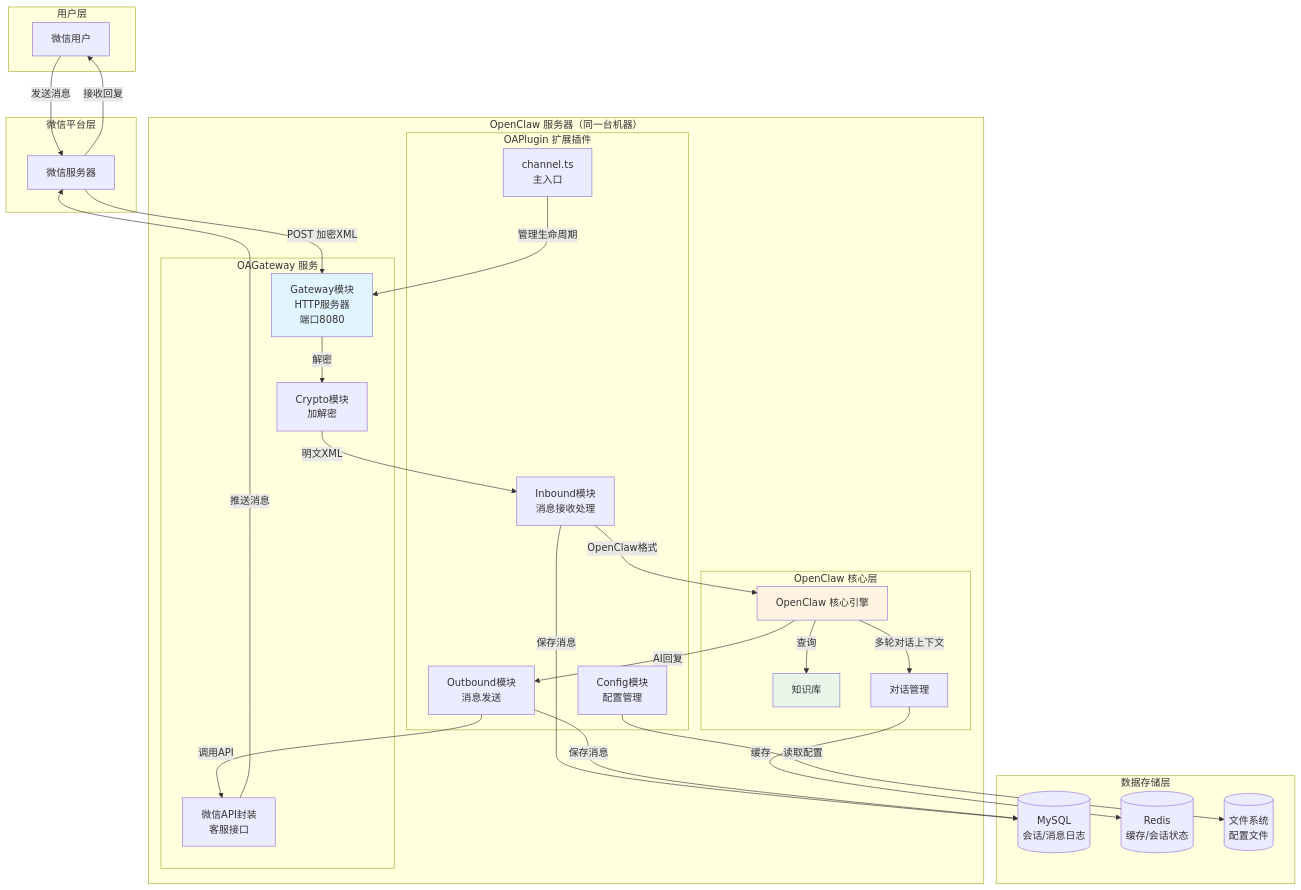
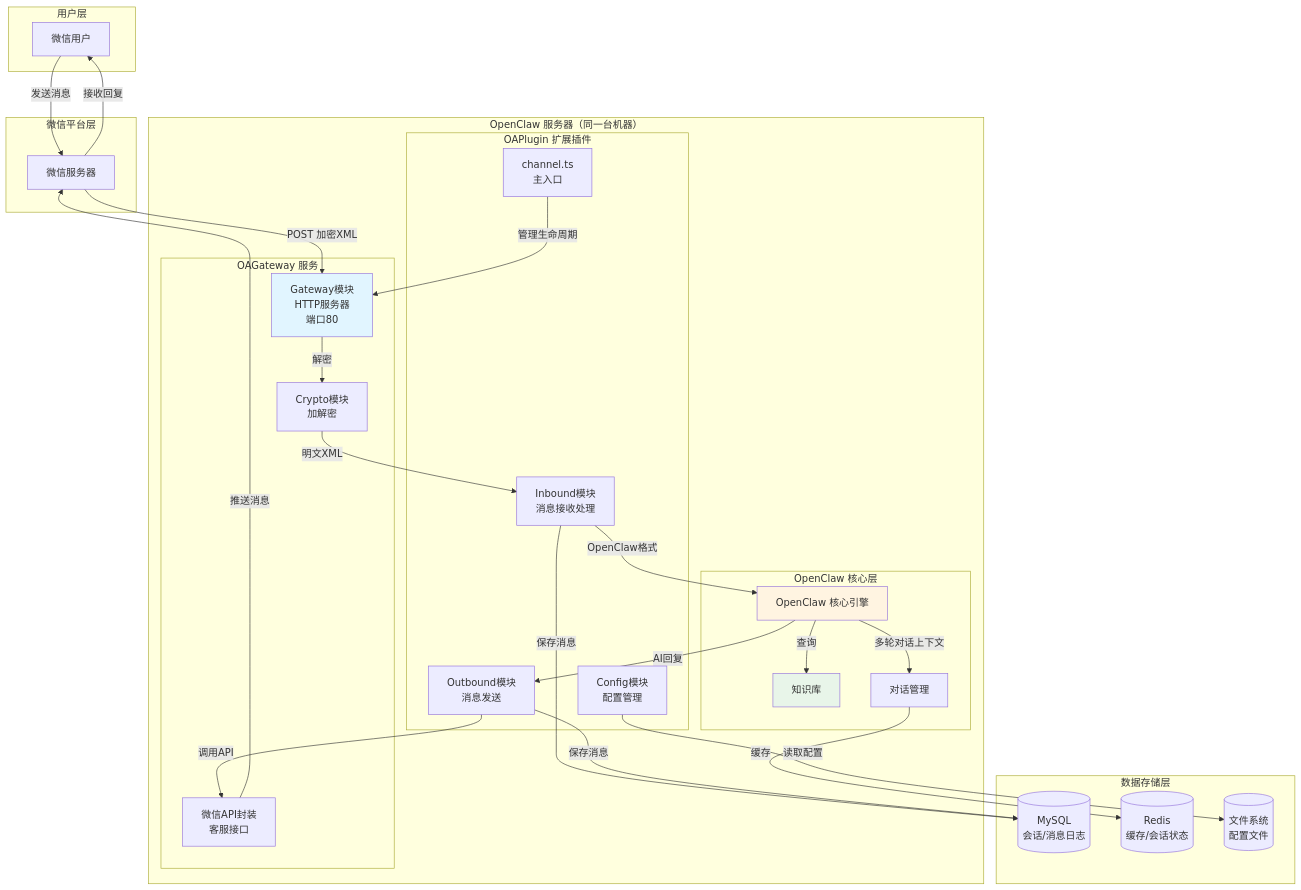
One commit to David-Jiangsiyuan/openclaw-wechat-official-account-plugin changed the diagram in OpenClaw_Architecture_Plugin.md. Above: the diagram before and after it, drawn with Mermaid. The commit also changed other lines of this file and 4 other files, not shown here.

````diff
--- a/OpenClaw_Architecture_Plugin.md
+++ b/OpenClaw_Architecture_Plugin.md
@@ -29,60 +30,60 @@
 ```mermaid
 graph TB
     subgraph "用户层"
         U[微信用户]
     end
     
     subgraph "微信平台层"
         WS[微信服务器]
     end
     
     subgraph "OpenClaw 服务器（同一台机器）"
         subgraph "OAGateway 服务"
-            GW[Gateway模块<br/>HTTP服务器<br/>端口8080]
+            GW[Gateway模块<br/>HTTP服务器<br/>端口80]
             CR[Crypto模块<br/>加解密]
             WA[微信API封装<br/>客服接口]
         end
         
         subgraph "OAPlugin 扩展插件"
             CH[channel.ts<br/>主入口]
             IN[Inbound模块<br/>消息接收处理]
             OUT[Outbound模块<br/>消息发送]
             CFG[Config模块<br/>配置管理]
         end
         
         subgraph "OpenClaw 核心层"
             OC[OpenClaw 核心引擎]
             KB[知识库]
             DM[对话管理]
         end
     end
     
     subgraph "数据存储层"
         DB[(MySQL<br/>会话/消息日志)]
         REDIS[(Redis<br/>缓存/会话状态)]
         FILE[(文件系统<br/>配置文件)]
     end
     
     U -->|发送消息| WS
     WS -->|POST 加密XML| GW
     GW -->|解密| CR
     CR -->|明文XML| IN
     IN -->|OpenClaw格式| OC
     OC -->|查询| KB
     OC -->|AI回复| OUT
     OUT -->|调用API| WA
     WA -->|推送消息| WS
     WS -->|接收回复| U
     
     CFG -->|读取配置| FILE
     CH -->|管理生命周期| GW
     IN -->|保存消息| DB
     OUT -->|保存消息| DB
     
     OC -->|多轮对话上下文| DM
     DM -->|缓存| REDIS
     
     style GW fill:#e1f5ff
     style OC fill:#fff4e1
     style KB fill:#e8f5e9
 ```
````
